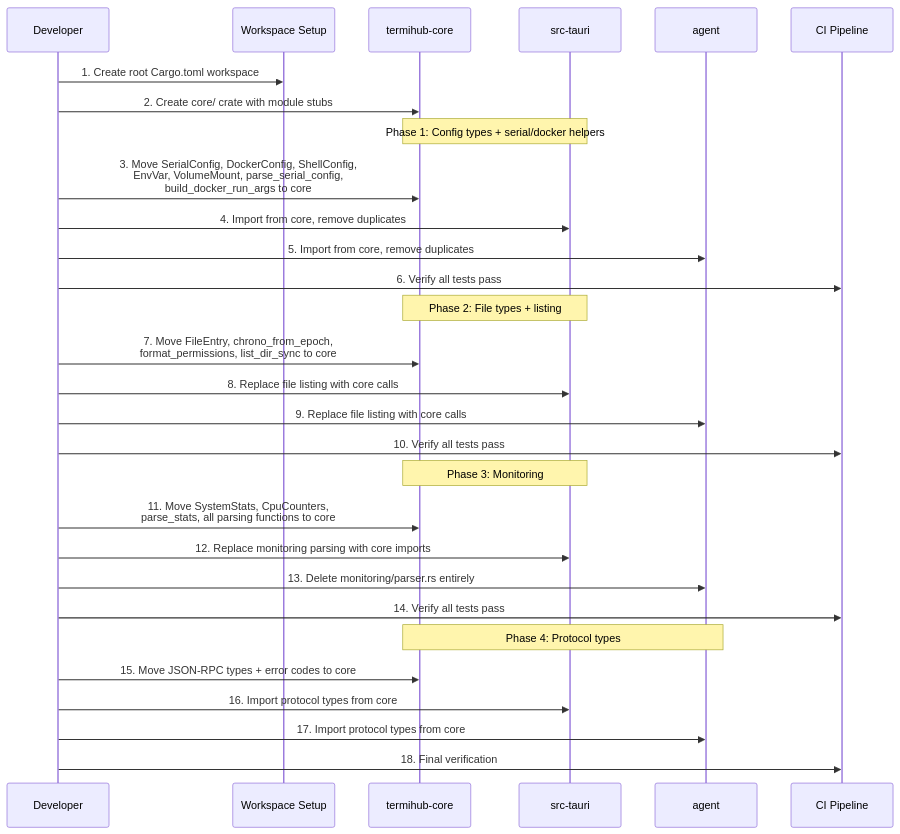
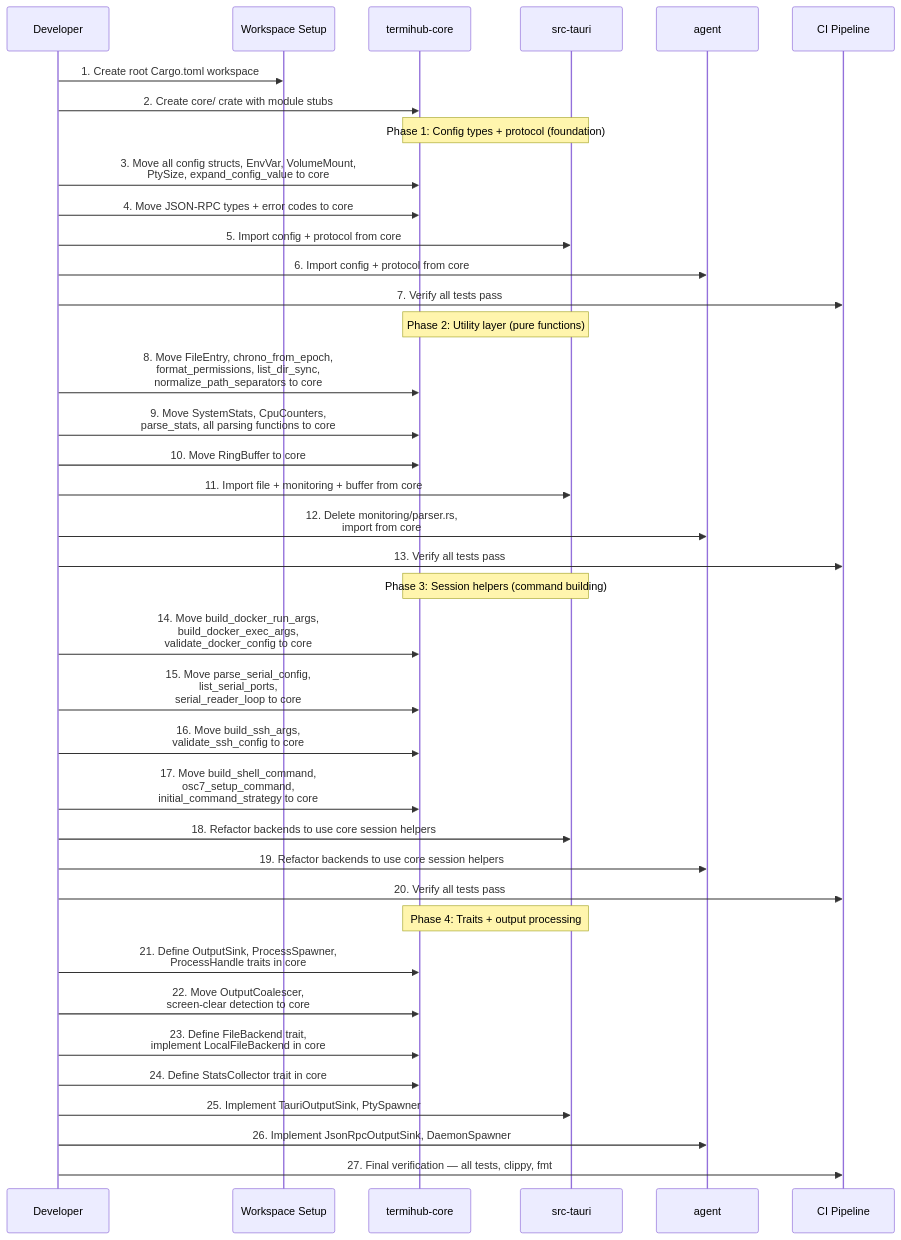
One commit to armaxri/termiHub changed the tenth of 10 diagrams in docs/concepts/shared-rust-core.md. Above: the diagram before and after it, drawn with Mermaid. The commit also changed other lines of this file, not shown here.

First line of the commit message:
docs(concept): rewrite shared-rust-core as backend engine, not utility crate

````diff
--- a/docs/concepts/shared-rust-core.md
+++ b/docs/concepts/shared-rust-core.md
@@ -533,36 +1014,45 @@
 ```mermaid
 sequenceDiagram
     participant Dev as Developer
     participant WS as Workspace Setup
     participant Core as termihub-core
     participant Desktop as src-tauri
     participant Agent as agent
     participant CI as CI Pipeline
 
     Dev->>WS: 1. Create root Cargo.toml workspace
     Dev->>Core: 2. Create core/ crate with module stubs
 
-    Note over Core,Desktop: Phase 1: Config types + serial/docker helpers
-    Dev->>Core: 3. Move SerialConfig, DockerConfig, ShellConfig,<br/>EnvVar, VolumeMount, parse_serial_config,<br/>build_docker_run_args to core
-    Dev->>Desktop: 4. Import from core, remove duplicates
-    Dev->>Agent: 5. Import from core, remove duplicates
-    Dev->>CI: 6. Verify all tests pass
+    Note over Core,Desktop: Phase 1: Config types + protocol (foundation)
+    Dev->>Core: 3. Move all config structs, EnvVar, VolumeMount,<br/>PtySize, expand_config_value to core
+    Dev->>Core: 4. Move JSON-RPC types + error codes to core
+    Dev->>Desktop: 5. Import config + protocol from core
+    Dev->>Agent: 6. Import config + protocol from core
+    Dev->>CI: 7. Verify all tests pass
 
-    Note over Core,Desktop: Phase 2: File types + listing
-    Dev->>Core: 7. Move FileEntry, chrono_from_epoch,<br/>format_permissions, list_dir_sync to core
-    Dev->>Desktop: 8. Replace file listing with core calls
-    Dev->>Agent: 9. Replace file listing with core calls
-    Dev->>CI: 10. Verify all tests pass
+    Note over Core,Desktop: Phase 2: Utility layer (pure functions)
+    Dev->>Core: 8. Move FileEntry, chrono_from_epoch,<br/>format_permissions, list_dir_sync,<br/>normalize_path_separators to core
+    Dev->>Core: 9. Move SystemStats, CpuCounters,<br/>parse_stats, all parsing functions to core
+    Dev->>Core: 10. Move RingBuffer to core
+    Dev->>Desktop: 11. Import file + monitoring + buffer from core
+    Dev->>Agent: 12. Delete monitoring/parser.rs,<br/>import from core
+    Dev->>CI: 13. Verify all tests pass
 
-    Note over Core,Desktop: Phase 3: Monitoring
-    Dev->>Core: 11. Move SystemStats, CpuCounters,<br/>parse_stats, all parsing functions to core
-    Dev->>Desktop: 12. Replace monitoring parsing with core imports
-    Dev->>Agent: 13. Delete monitoring/parser.rs entirely
-    Dev->>CI: 14. Verify all tests pass
+    Note over Core,Desktop: Phase 3: Session helpers (command building)
+    Dev->>Core: 14. Move build_docker_run_args,<br/>build_docker_exec_args,<br/>validate_docker_config to core
+    Dev->>Core: 15. Move parse_serial_config,<br/>list_serial_ports,<br/>serial_reader_loop to core
+    Dev->>Core: 16. Move build_ssh_args,<br/>validate_ssh_config to core
+    Dev->>Core: 17. Move build_shell_command,<br/>osc7_setup_command,<br/>initial_command_strategy to core
+    Dev->>Desktop: 18. Refactor backends to use core session helpers
+    Dev->>Agent: 19. Refactor backends to use core session helpers
+    Dev->>CI: 20. Verify all tests pass
 
-    Note over Core,Agent: Phase 4: Protocol types
-    Dev->>Core: 15. Move JSON-RPC types + error codes to core
-    Dev->>Desktop: 16. Import protocol types from core
-    Dev->>Agent: 17. Import protocol types from core
-    Dev->>CI: 18. Final verification
+    Note over Core,Desktop: Phase 4: Traits + output processing
+    Dev->>Core: 21. Define OutputSink, ProcessSpawner,<br/>ProcessHandle traits in core
+    Dev->>Core: 22. Move OutputCoalescer,<br/>screen-clear detection to core
+    Dev->>Core: 23. Define FileBackend trait,<br/>implement LocalFileBackend in core
+    Dev->>Core: 24. Define StatsCollector trait in core
+    Dev->>Desktop: 25. Implement TauriOutputSink, PtySpawner
+    Dev->>Agent: 26. Implement JsonRpcOutputSink, DaemonSpawner
+    Dev->>CI: 27. Final verification — all tests, clippy, fmt
 ```
````
